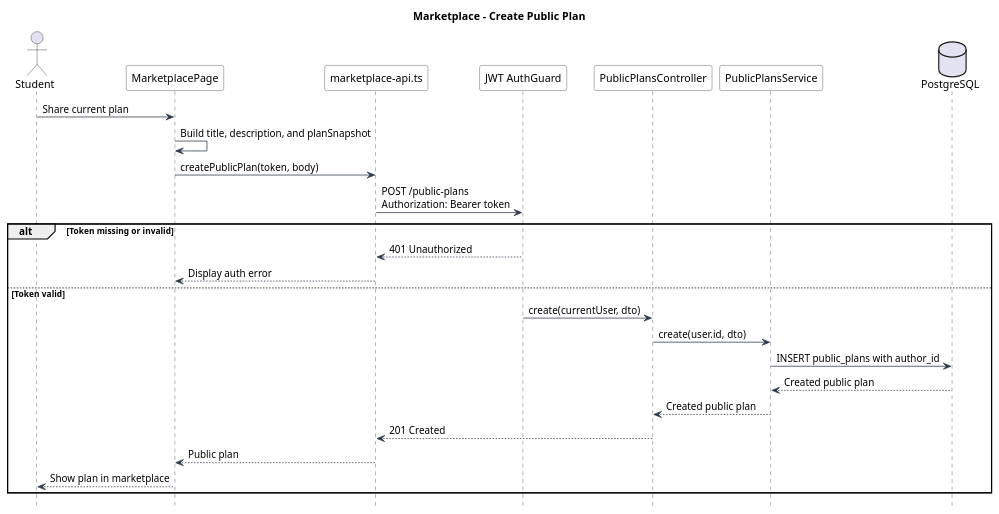
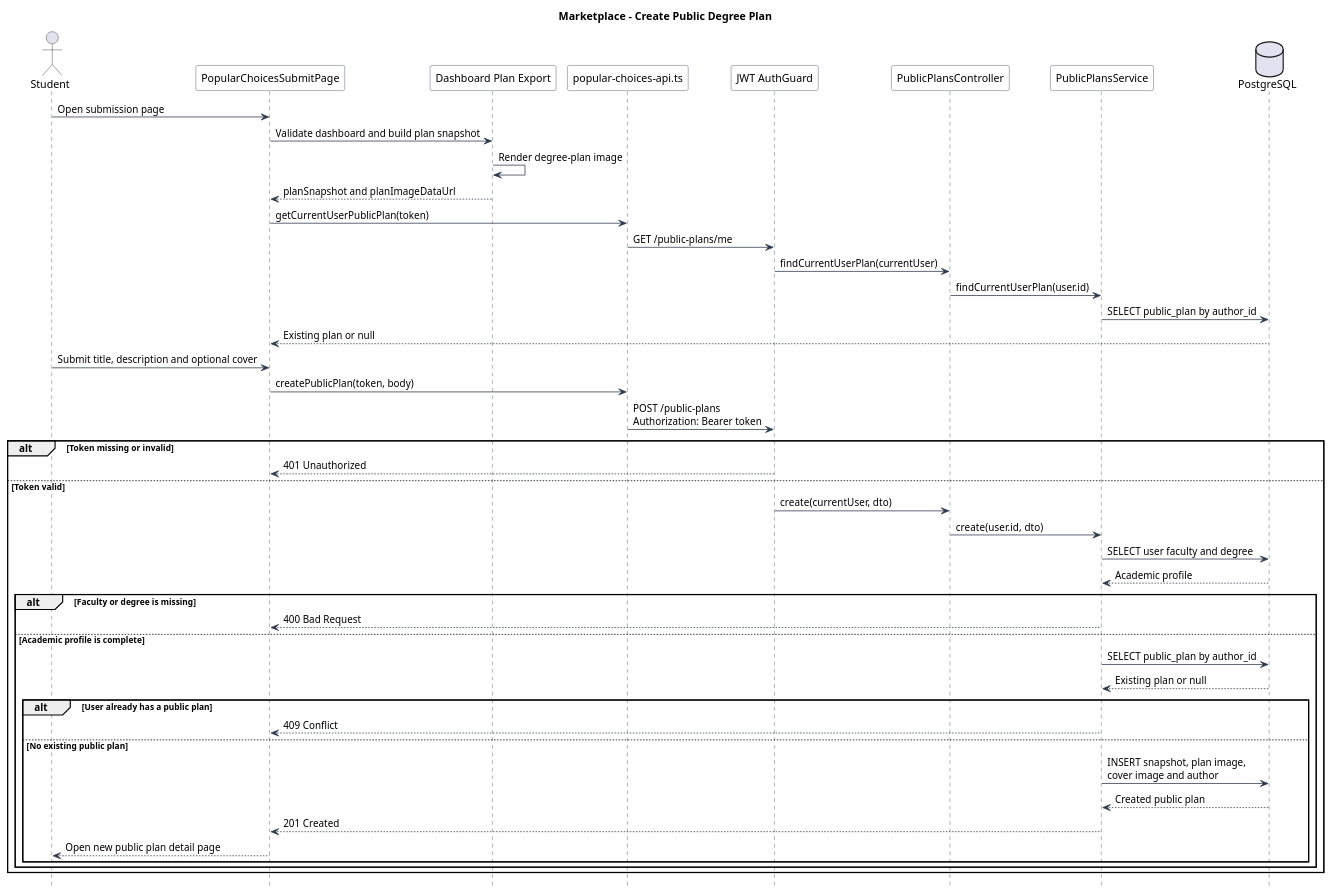
The diagram in diagrams/sequences/13_marketplace_create_public_plan.wsd (Shum-ster/nusmodumind), drawn with PlantUML before and after one commit. The commit also changed 11 other files, not shown here.

Commit message:
Updated sequence diagrams and erd

```diff
--- a/diagrams/sequences/13_marketplace_create_public_plan.wsd
+++ b/diagrams/sequences/13_marketplace_create_public_plan.wsd
@@ -1,41 +1,63 @@
 @startuml Marketplace_Create_Public_Plan_Sequence
 
-title Marketplace - Create Public Plan
+title Marketplace - Create Public Degree Plan
 
 hide footbox
 skinparam shadowing false
 skinparam sequence {
     ArrowColor #2F3A4A
     LifeLineBorderColor #2F3A4A
     ParticipantBorderColor #2F3A4A
     ParticipantBackgroundColor #FFFFFF
 }
 
 actor Student
-participant "MarketplacePage" as MarketplacePage
-participant "marketplace-api.ts" as MarketplaceApi
+participant "PopularChoicesSubmitPage" as SubmitPage
+participant "Dashboard Plan Export" as PlanExport
+participant "popular-choices-api.ts" as PopularChoicesApi
 participant "JWT AuthGuard" as JwtGuard
 participant "PublicPlansController" as PublicPlansController
 participant "PublicPlansService" as PublicPlansService
 database "PostgreSQL" as DB
 
-Student -> MarketplacePage : Share current plan
-MarketplacePage -> MarketplacePage : Build title, description, and planSnapshot
-MarketplacePage -> MarketplaceApi : createPublicPlan(token, body)
-MarketplaceApi -> JwtGuard : POST /public-plans\nAuthorization: Bearer token
+Student -> SubmitPage : Open submission page
+SubmitPage -> PlanExport : Validate dashboard and build plan snapshot
+PlanExport -> PlanExport : Render degree-plan image
+PlanExport --> SubmitPage : planSnapshot and planImageDataUrl
+SubmitPage -> PopularChoicesApi : getCurrentUserPublicPlan(token)
+PopularChoicesApi -> JwtGuard : GET /public-plans/me
+JwtGuard -> PublicPlansController : findCurrentUserPlan(currentUser)
+PublicPlansController -> PublicPlansService : findCurrentUserPlan(user.id)
+PublicPlansService -> DB : SELECT public_plan by author_id
+DB --> SubmitPage : Existing plan or null
+
+Student -> SubmitPage : Submit title, description and optional cover
+SubmitPage -> PopularChoicesApi : createPublicPlan(token, body)
+PopularChoicesApi -> JwtGuard : POST /public-plans\nAuthorization: Bearer token
 
 alt Token missing or invalid
-    JwtGuard --> MarketplaceApi : 401 Unauthorized
-    MarketplaceApi --> MarketplacePage : Display auth error
+    JwtGuard --> SubmitPage : 401 Unauthorized
 else Token valid
     JwtGuard -> PublicPlansController : create(currentUser, dto)
     PublicPlansController -> PublicPlansService : create(user.id, dto)
-    PublicPlansService -> DB : INSERT public_plans with author_id
-    DB --> PublicPlansService : Created public plan
-    PublicPlansService --> PublicPlansController : Created public plan
-    PublicPlansController --> MarketplaceApi : 201 Created
-    MarketplaceApi --> MarketplacePage : Public plan
-    MarketplacePage --> Student : Show plan in marketplace
+    PublicPlansService -> DB : SELECT user faculty and degree
+    DB --> PublicPlansService : Academic profile
+
+    alt Faculty or degree is missing
+        PublicPlansService --> SubmitPage : 400 Bad Request
+    else Academic profile is complete
+        PublicPlansService -> DB : SELECT public_plan by author_id
+        DB --> PublicPlansService : Existing plan or null
+
+        alt User already has a public plan
+            PublicPlansService --> SubmitPage : 409 Conflict
+        else No existing public plan
+            PublicPlansService -> DB : INSERT snapshot, plan image,\ncover image and author
+            DB --> PublicPlansService : Created public plan
+            PublicPlansService --> SubmitPage : 201 Created
+            SubmitPage --> Student : Open new public plan detail page
+        end
+    end
 end
 
 @enduml
```
